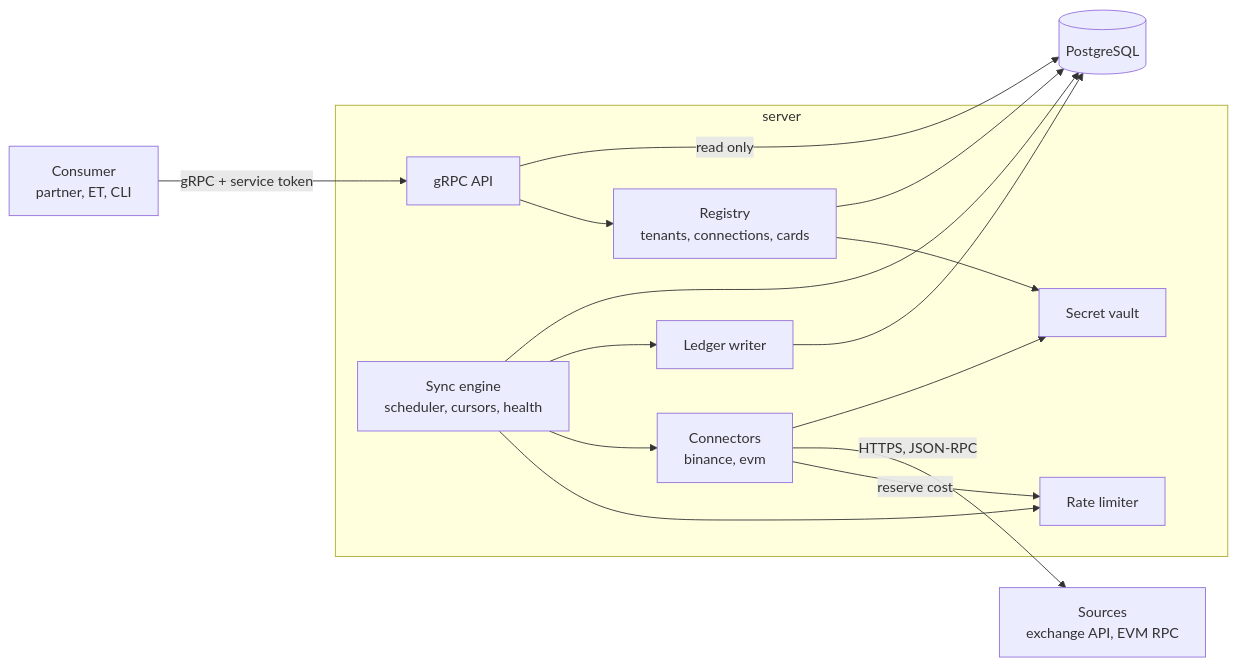
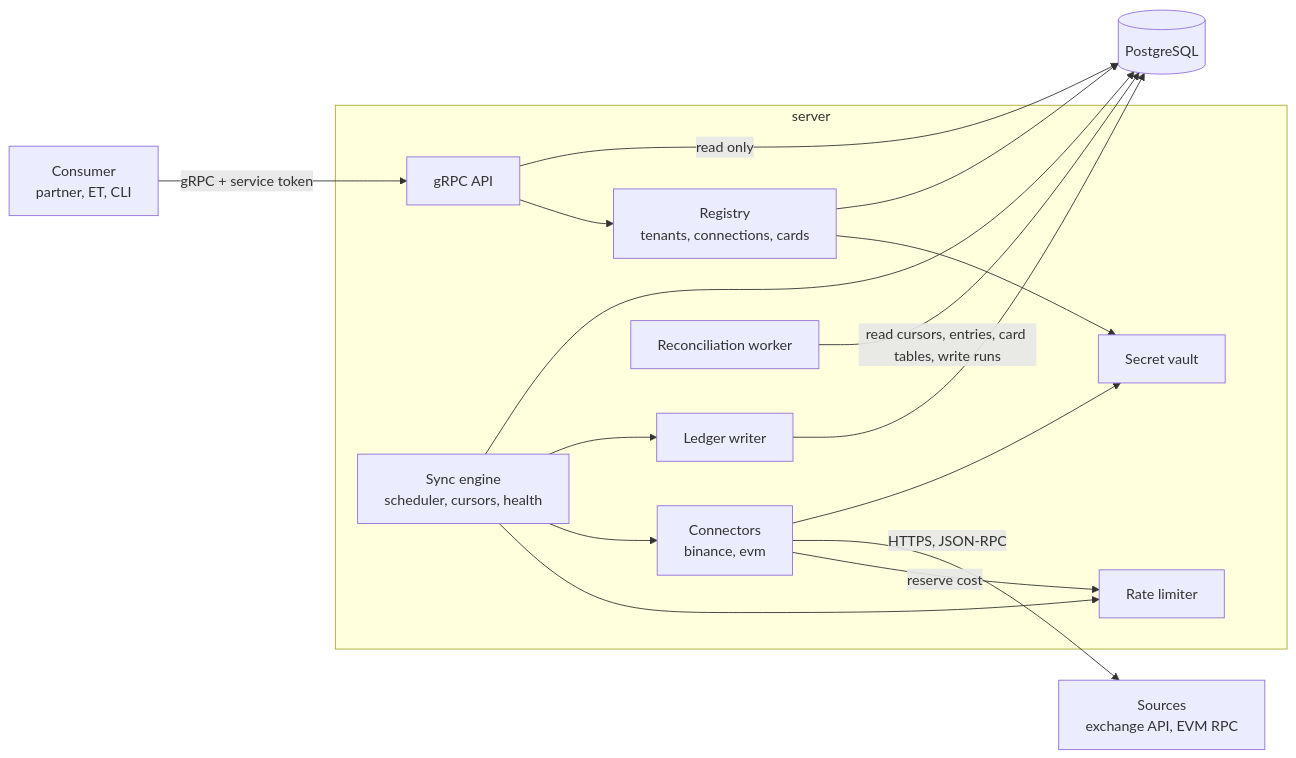
Before and after one commit to DigitLock/crypto-account-service: the first of 3 diagrams in docs/srs/core.md, drawn with Mermaid. The commit also changed other lines of this file and 7 other files, not shown here.

````diff
--- a/docs/srs/core.md
+++ b/docs/srs/core.md
@@ -40,31 +40,33 @@
 ```mermaid
 flowchart LR
     consumer[Consumer<br/>partner, ET, CLI]
 
     subgraph server[server]
         api[gRPC API]
         registry[Registry<br/>tenants, connections, cards]
         vault[Secret vault]
         engine[Sync engine<br/>scheduler, cursors, health]
         limiter[Rate limiter]
         conn[Connectors<br/>binance, evm]
         ledger[Ledger writer]
+        recon[Reconciliation worker]
     end
 
     db[(PostgreSQL)]
     src[Sources<br/>exchange API, EVM RPC]
 
     consumer -- "gRPC + service token" --> api
     api --> registry
     api -- "read only" --> db
     registry --> vault
     registry --> db
     engine --> limiter
     engine --> conn
     conn -- "reserve cost" --> limiter
     conn -- "HTTPS, JSON-RPC" --> src
     conn --> vault
     engine --> ledger
     ledger --> db
     engine --> db
+    recon -- "read cursors, entries, card tables, write runs" --> db
 ```
````
